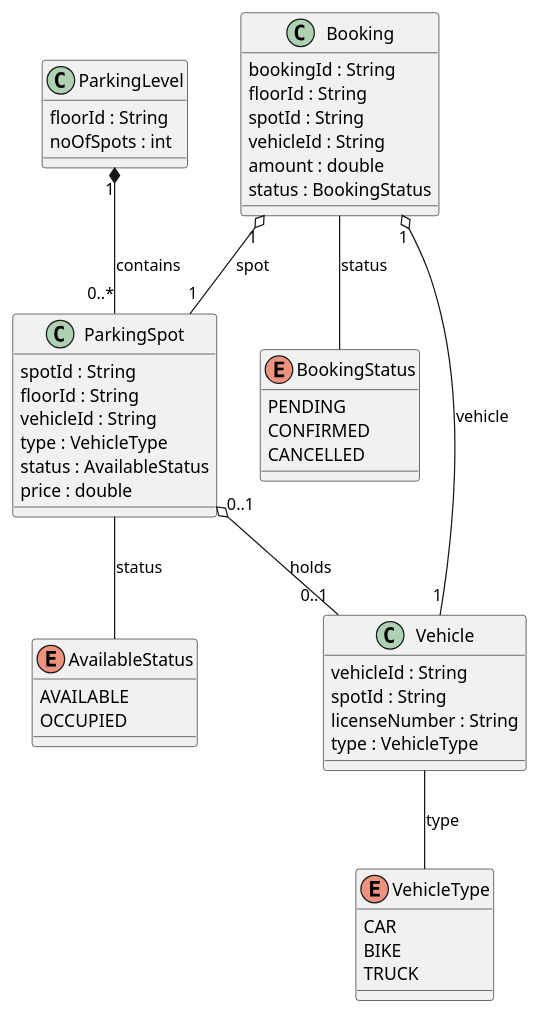
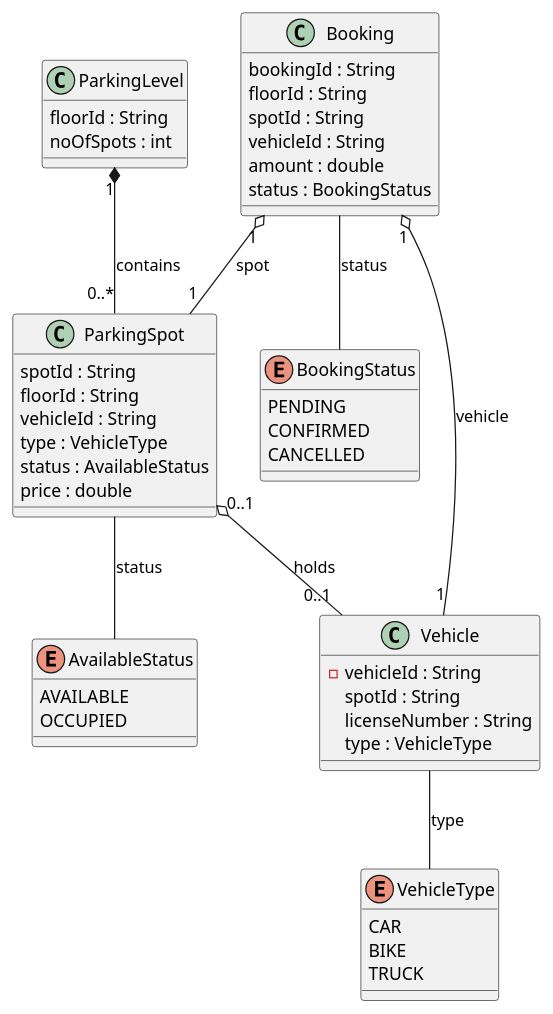
Before and after one commit to HariramB01/Low-Level-Design: the diagram in ParkingLot/ParkingLotUMLDiagram.puml, drawn with PlantUML. The commit also changed 1 other file, not shown here.

```diff
--- a/ParkingLot/ParkingLotUMLDiagram.puml
+++ b/ParkingLot/ParkingLotUMLDiagram.puml
@@ -1,68 +1,68 @@
 @startuml
 ' Define Enums
 enum VehicleType {
     CAR
     BIKE
     TRUCK
 }
 
 enum AvailableStatus {
     AVAILABLE
     OCCUPIED
 }
 
 enum BookingStatus {
     PENDING
     CONFIRMED
     CANCELLED
 }
 
 ' Define Classes
 class ParkingLevel {
     floorId : String
     noOfSpots : int
 }
 
 class ParkingSpot {
     spotId : String
     floorId : String
     vehicleId : String
     type : VehicleType
     status : AvailableStatus
     price : double
 }
 
 class Vehicle {
-    vehicleId : String
+    - vehicleId : String
     spotId : String
     licenseNumber : String
     type : VehicleType
 }
 
 class Booking {
     bookingId : String
     floorId : String
     spotId : String
     vehicleId : String
     amount : double
     status : BookingStatus
 }
 
 ' Define Relationships
 
 ' Composition: ParkingLevel contains ParkingSpots, ParkingSpot cannot exist without ParkingLevel
 ParkingLevel "1" *-- "0..*" ParkingSpot : contains
 
 ' Aggregation: ParkingSpot holds Vehicle, but Vehicle can exist independently
 ParkingSpot "0..1" o-- "0..1" Vehicle : holds
 
 ' Aggregation: Booking references ParkingSpot and Vehicle, but they can exist independently
 Booking "1" o-- "1" ParkingSpot : spot
 Booking "1" o-- "1" Vehicle : vehicle
 
 ' BookingStatus and AvailableStatus are enumerations used within Booking and ParkingSpot
 Booking -- BookingStatus : status
 ParkingSpot -- AvailableStatus : status
 Vehicle -- VehicleType : type
 
 @enduml
```
